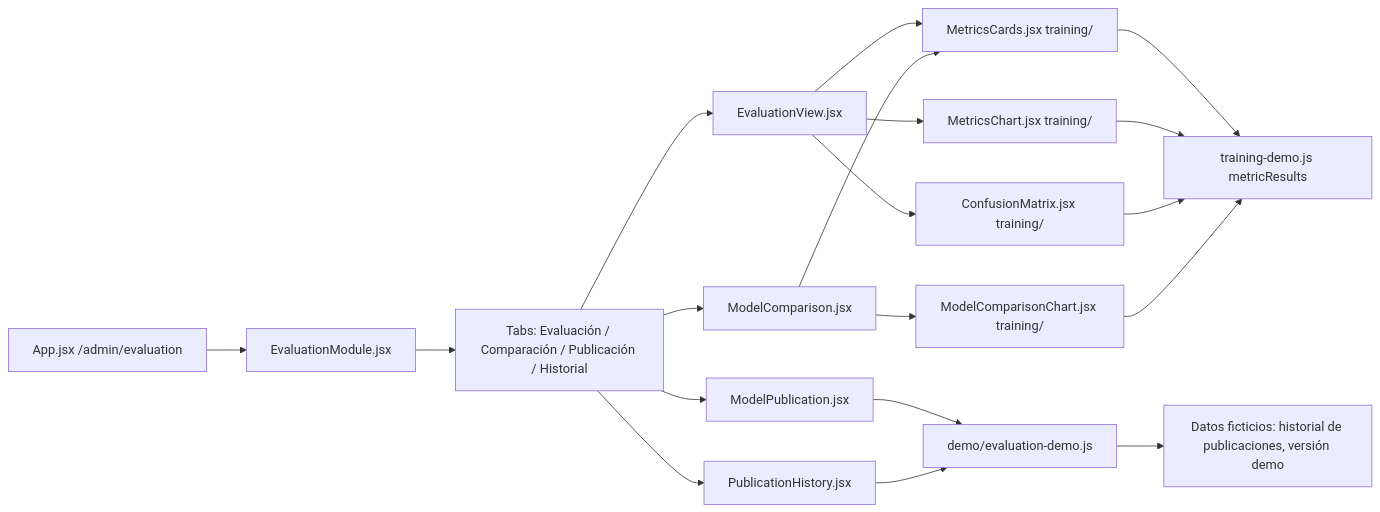
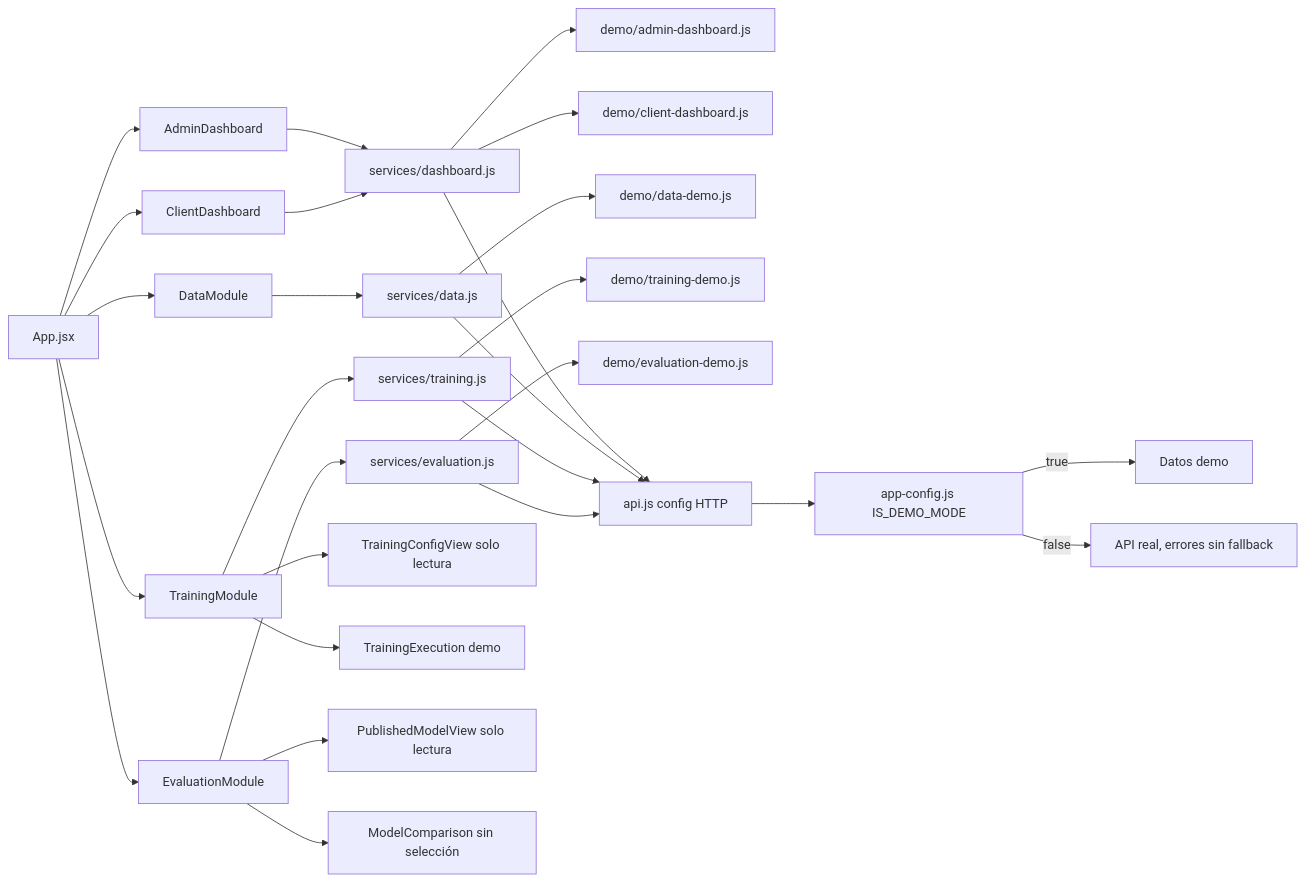
Before and after one commit to JuanTovar-creator/analisis-territorial-mortalidad-frontend: the diagram in .junie/plans/training-module.md, drawn with Mermaid. The commit also changed other lines of this file and 17 other files, not shown here.

````diff
--- a/.junie/plans/training-module.md
+++ b/.junie/plans/training-module.md
@@ -142,21 +307,29 @@
 ``` mermaid
 graph LR
-  A[App.jsx /admin/evaluation] --> B[EvaluationModule.jsx]
-  B --> C[Tabs: Evaluación / Comparación / Publicación / Historial]
-  C --> D[EvaluationView.jsx]
-  C --> E[ModelComparison.jsx]
-  C --> F[ModelPublication.jsx]
-  C --> G[PublicationHistory.jsx]
-  D --> H[MetricsCards.jsx training/]
-  D --> I[MetricsChart.jsx training/]
-  D --> J[ConfusionMatrix.jsx training/]
-  E --> K[ModelComparisonChart.jsx training/]
-  E --> H
-  F --> L[demo/evaluation-demo.js]
-  G --> L
-  H --> M[training-demo.js metricResults]
-  I --> M
-  J --> M
-  K --> M
-  L --> N[Datos ficticios: historial de publicaciones, versión demo]
+  A[App.jsx] --> B[AdminDashboard]
+  A --> C[DataModule]
+  A --> D[TrainingModule]
+  A --> E[EvaluationModule]
+  A --> F[ClientDashboard]
+  B --> G[services/dashboard.js]
+  C --> H[services/data.js]
+  D --> I[services/training.js]
+  E --> J[services/evaluation.js]
+  F --> G
+  G --> K[demo/admin-dashboard.js]
+  G --> L[demo/client-dashboard.js]
+  H --> M[demo/data-demo.js]
+  I --> N[demo/training-demo.js]
+  J --> O[demo/evaluation-demo.js]
+  G --> P[api.js config HTTP]
+  H --> P
+  I --> P
+  J --> P
+  P --> Q[app-config.js IS_DEMO_MODE]
+  D --> R[TrainingConfigView solo lectura]
+  D --> S[TrainingExecution demo]
+  E --> T[PublishedModelView solo lectura]
+  E --> U[ModelComparison sin selección]
+  Q -->|true| V[Datos demo]
+  Q -->|false| W[API real, errores sin fallback]
 ```
````
